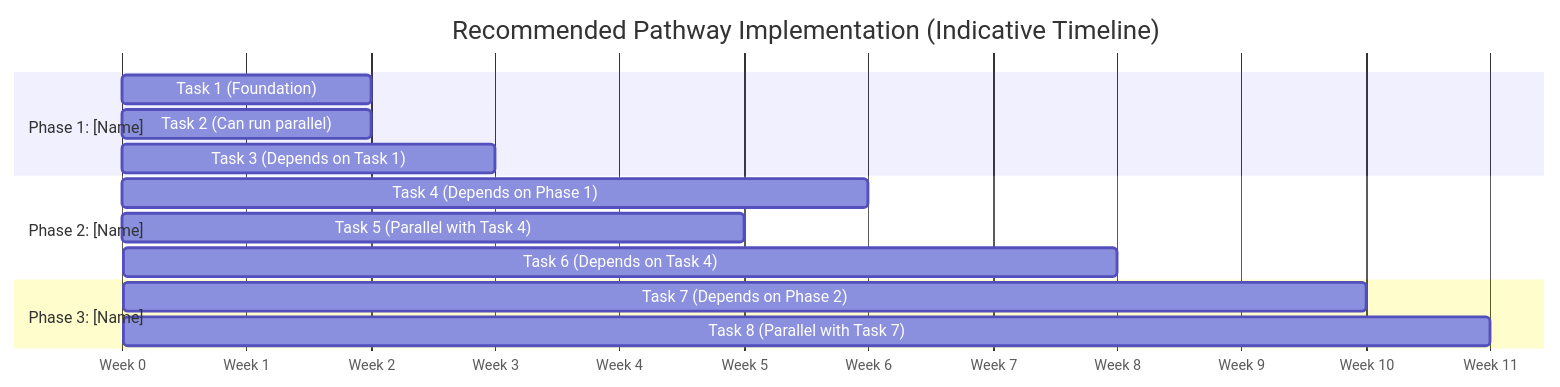
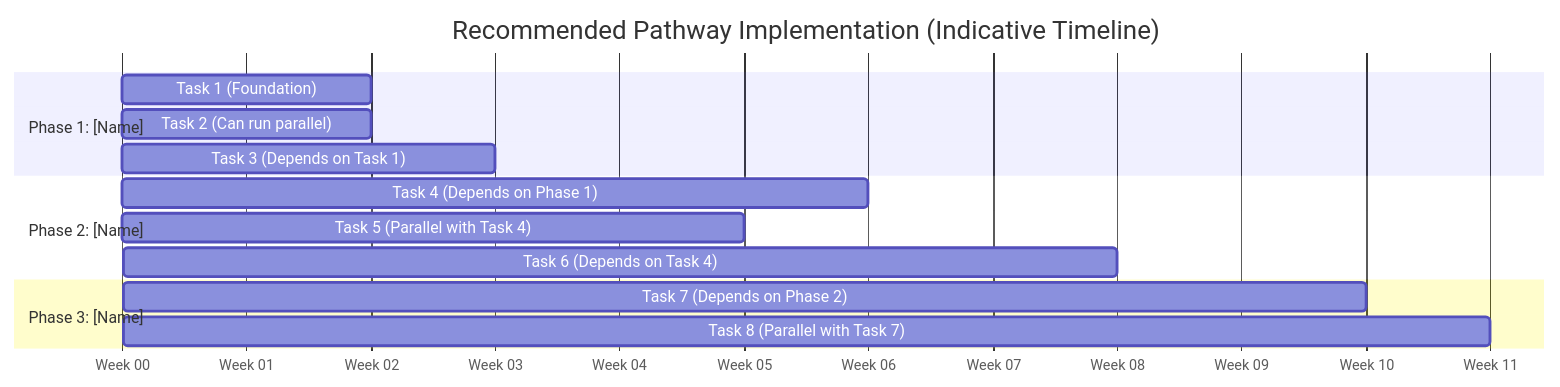
Before and after one commit to kiro-community/powers: the fourth of 7 diagrams in legacy-app-modernization-analyzer/steering/report-structure.md, drawn with Mermaid. The commit also changed other lines of this file and 5 other files, not shown here.

Commit message:
feat: Update legacy-app-modernization-analyzer - AD/SSO blocker, decision tree, hybrid sidecar pattern, Gantt fixes

````diff
--- a/legacy-app-modernization-analyzer/steering/report-structure.md
+++ b/legacy-app-modernization-analyzer/steering/report-structure.md
@@ -325,20 +327,21 @@
 ```mermaid
 gantt
     title Recommended Pathway Implementation (Indicative Timeline)
     dateFormat X
-    axisFormat Week %s
+    axisFormat Week %S
+    tickInterval 2
     
     section Phase 1: [Name]
     Task 1 (Foundation)           :a1, 0, 2
     Task 2 (Can run parallel)     :a2, 0, 2
     Task 3 (Depends on Task 1)    :a3, 2, 3
     
     section Phase 2: [Name]
     Task 4 (Depends on Phase 1)   :b1, 3, 6
     Task 5 (Parallel with Task 4) :b2, 3, 5
     Task 6 (Depends on Task 4)    :b3, 6, 8
     
     section Phase 3: [Name]
     Task 7 (Depends on Phase 2)   :c1, 8, 10
     Task 8 (Parallel with Task 7) :c2, 8, 11
 ```
````
